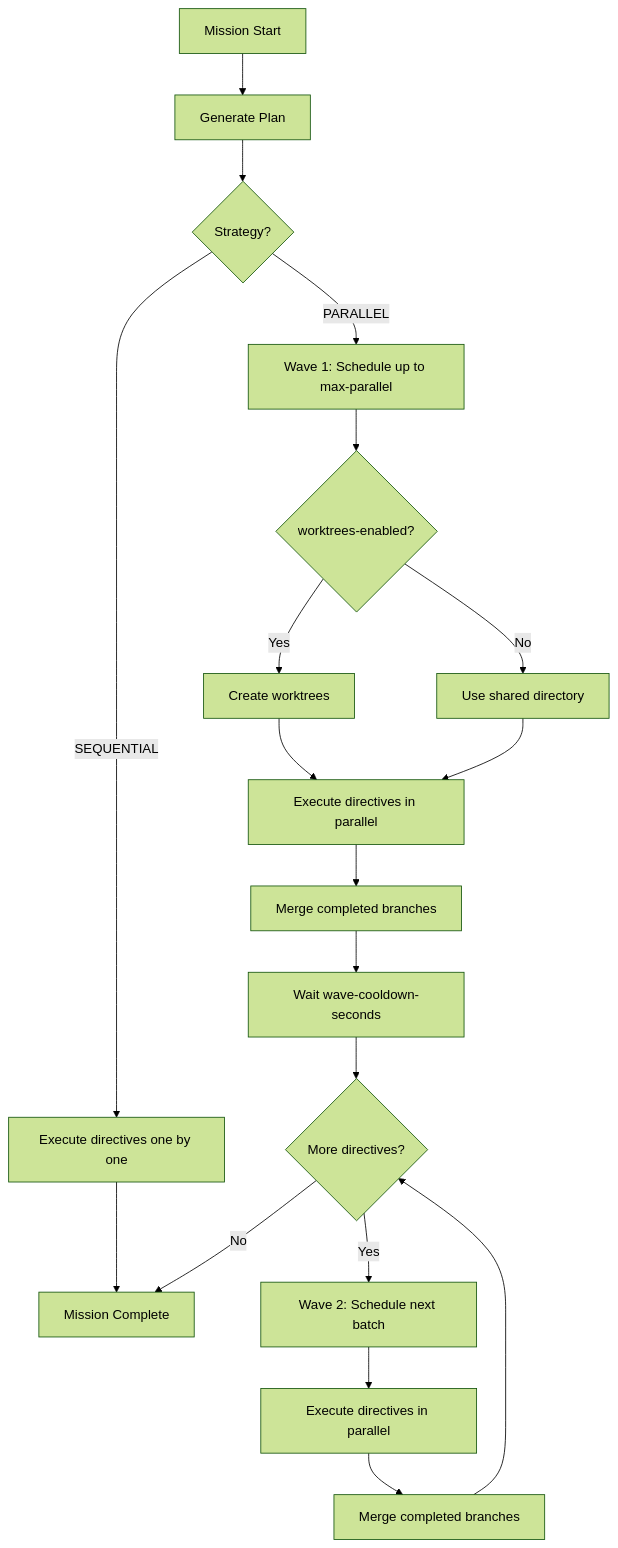
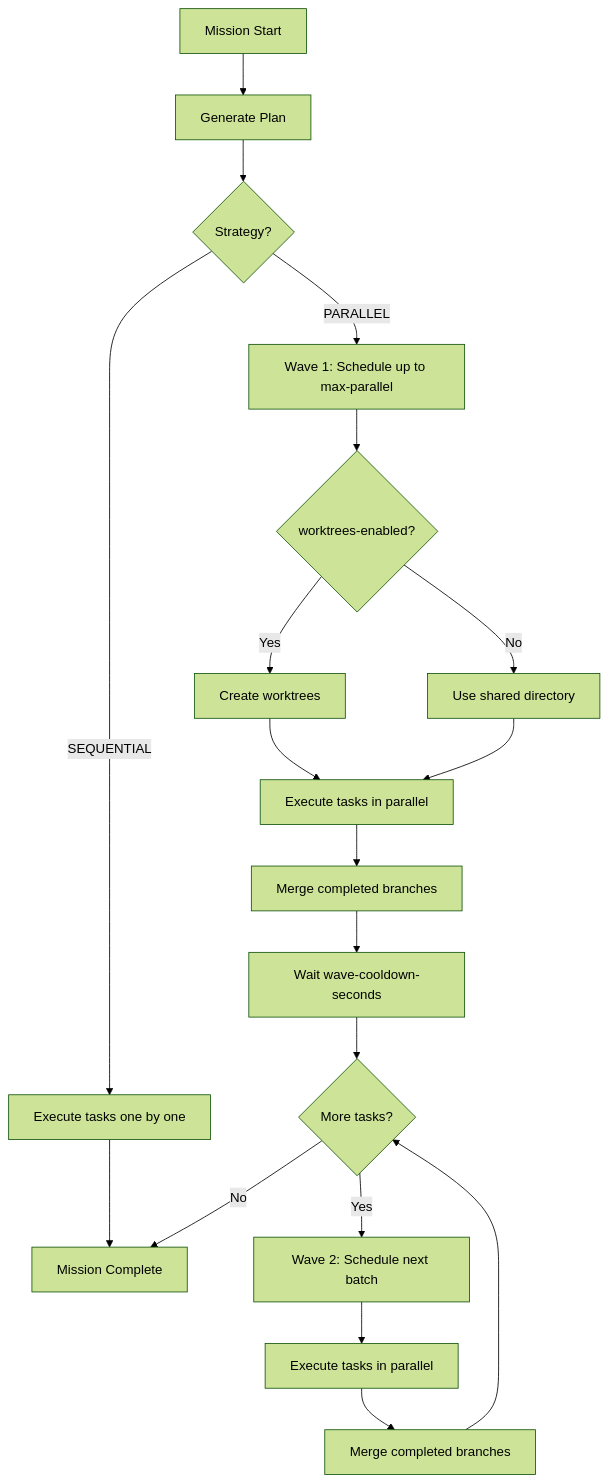
The diagram in docs/configuration/parallel-execution.md (dbbaskette/Worldmind), drawn with Mermaid (forest theme) before and after one commit. The commit also changed other lines of this file and 211 other files, not shown here.

````diff
--- a/docs/configuration/parallel-execution.md
+++ b/docs/configuration/parallel-execution.md
@@ -140,28 +140,28 @@
 ```mermaid
 flowchart TD
     Start[Mission Start] --> Plan[Generate Plan]
     Plan --> Strategy{Strategy?}
     
-    Strategy -->|SEQUENTIAL| SeqLoop[Execute directives one by one]
+    Strategy -->|SEQUENTIAL| SeqLoop[Execute tasks one by one]
     SeqLoop --> Complete
     
     Strategy -->|PARALLEL| Wave1[Wave 1: Schedule up to max-parallel]
     Wave1 --> CheckWorktrees{worktrees-enabled?}
     
     CheckWorktrees -->|Yes| CreateWT[Create worktrees]
     CheckWorktrees -->|No| SharedDir[Use shared directory]
     
-    CreateWT --> Execute1[Execute directives in parallel]
+    CreateWT --> Execute1[Execute tasks in parallel]
     SharedDir --> Execute1
     
     Execute1 --> Merge1[Merge completed branches]
     Merge1 --> Cooldown1[Wait wave-cooldown-seconds]
-    Cooldown1 --> MoreWaves{More directives?}
+    Cooldown1 --> MoreWaves{More tasks?}
     
     MoreWaves -->|Yes| Wave2[Wave 2: Schedule next batch]
-    Wave2 --> Execute2[Execute directives in parallel]
+    Wave2 --> Execute2[Execute tasks in parallel]
     Execute2 --> Merge2[Merge completed branches]
     Merge2 --> MoreWaves
     
     MoreWaves -->|No| Complete[Mission Complete]
 ```
````
